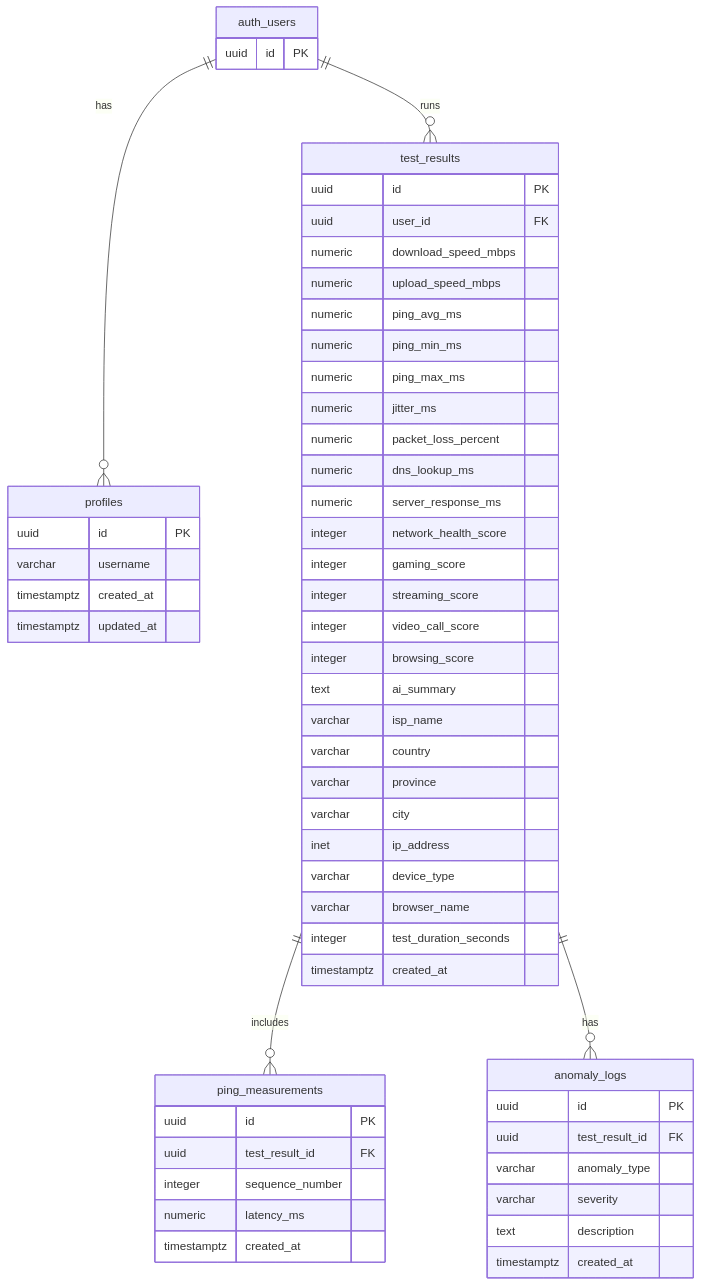
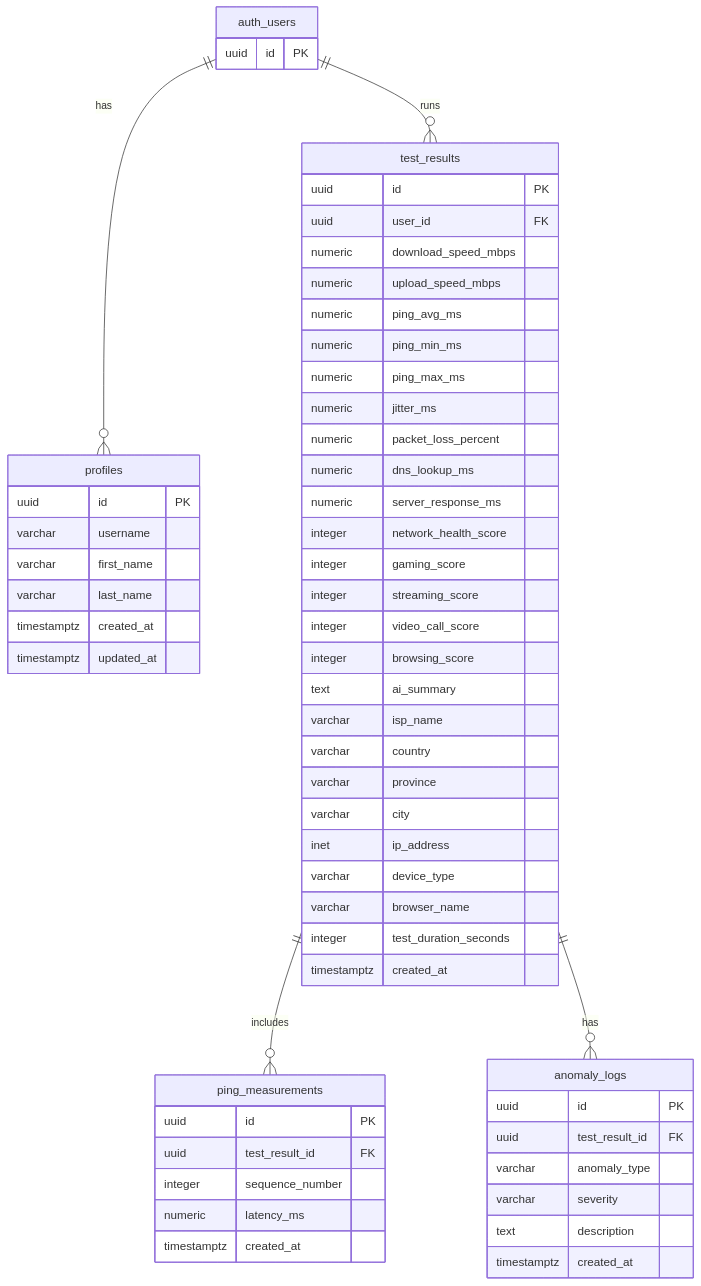
Before and after one commit to ClementPhoshoko/AI-Powered-CyberSecure-Network-Dashboard-for-ISP-Insights: the diagram in server/src/docs/phase_one_schema.md, drawn with Mermaid. The commit also changed 9 other files, not shown here.

````diff
--- a/server/src/docs/phase_one_schema.md
+++ b/server/src/docs/phase_one_schema.md
@@ -3,64 +3,66 @@
 ```mermaid
 erDiagram
     auth_users ||--o{ profiles : "has"
     auth_users ||--o{ test_results : "runs"
     test_results ||--o{ ping_measurements : "includes"
     test_results ||--o{ anomaly_logs : "has"
 
     auth_users {
         uuid id PK
     }
 
     profiles {
         uuid id PK
         varchar username
+        varchar first_name
+        varchar last_name
         timestamptz created_at
         timestamptz updated_at
     }
 
     test_results {
         uuid id PK
         uuid user_id FK
         numeric download_speed_mbps
         numeric upload_speed_mbps
         numeric ping_avg_ms
         numeric ping_min_ms
         numeric ping_max_ms
         numeric jitter_ms
         numeric packet_loss_percent
         numeric dns_lookup_ms
         numeric server_response_ms
         integer network_health_score
         integer gaming_score
         integer streaming_score
         integer video_call_score
         integer browsing_score
         text ai_summary
         varchar isp_name
         varchar country
         varchar province
         varchar city
         inet ip_address
         varchar device_type
         varchar browser_name
         integer test_duration_seconds
         timestamptz created_at
     }
 
     ping_measurements {
         uuid id PK
         uuid test_result_id FK
         integer sequence_number
         numeric latency_ms
         timestamptz created_at
     }
 
     anomaly_logs {
         uuid id PK
         uuid test_result_id FK
         varchar anomaly_type
         varchar severity
         text description
         timestamptz created_at
     }
 ```
````
